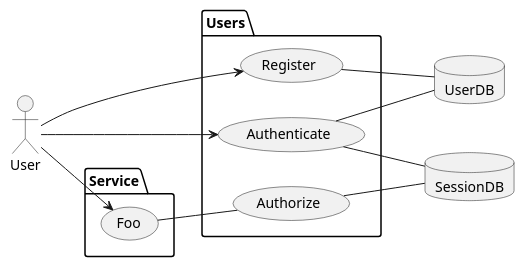
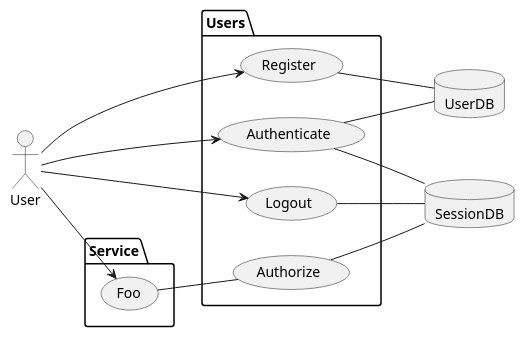
Before and after one commit to chayward1/users: the diagram in README.org, drawn with PlantUML. The commit also changed other lines of this file and 3 other files, not shown here.

```diff
--- a/README.org
+++ b/README.org
@@ -80,28 +99,32 @@
 #+begin_src plantuml :file docs/example.png :exports results
 left to right direction
 actor User
 
 package Users {
   usecase Register
   usecase Authenticate
   usecase Authorize
+  usecase Logout
 }
 
 Package Service {
   usecase Foo
 }
 
 database UserDB
 database SessionDB
 
 User --> Register
 Register -- UserDB
 
 User --> Authenticate
 Authenticate -- UserDB
 Authenticate -- SessionDB
 
 User --> Foo
 Foo -- Authorize
 Authorize -- SessionDB
+
+User --> Logout
+Logout -- SessionDB
 #+end_src
```
